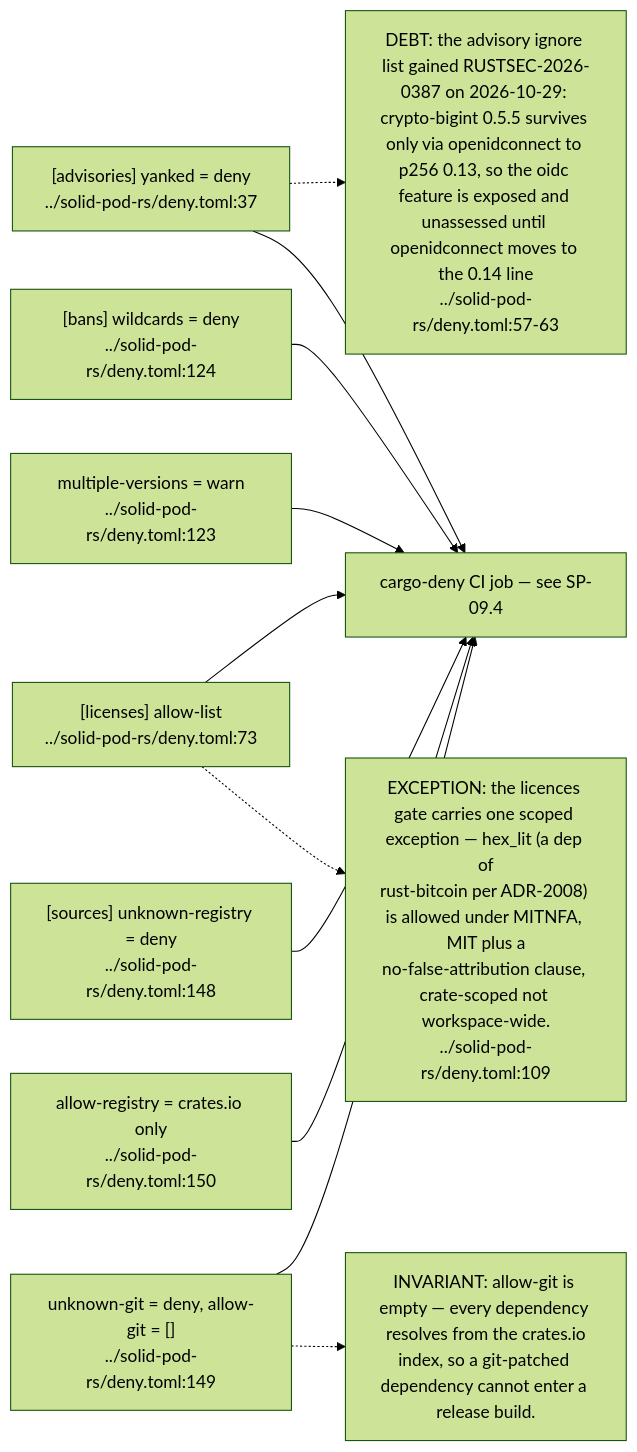
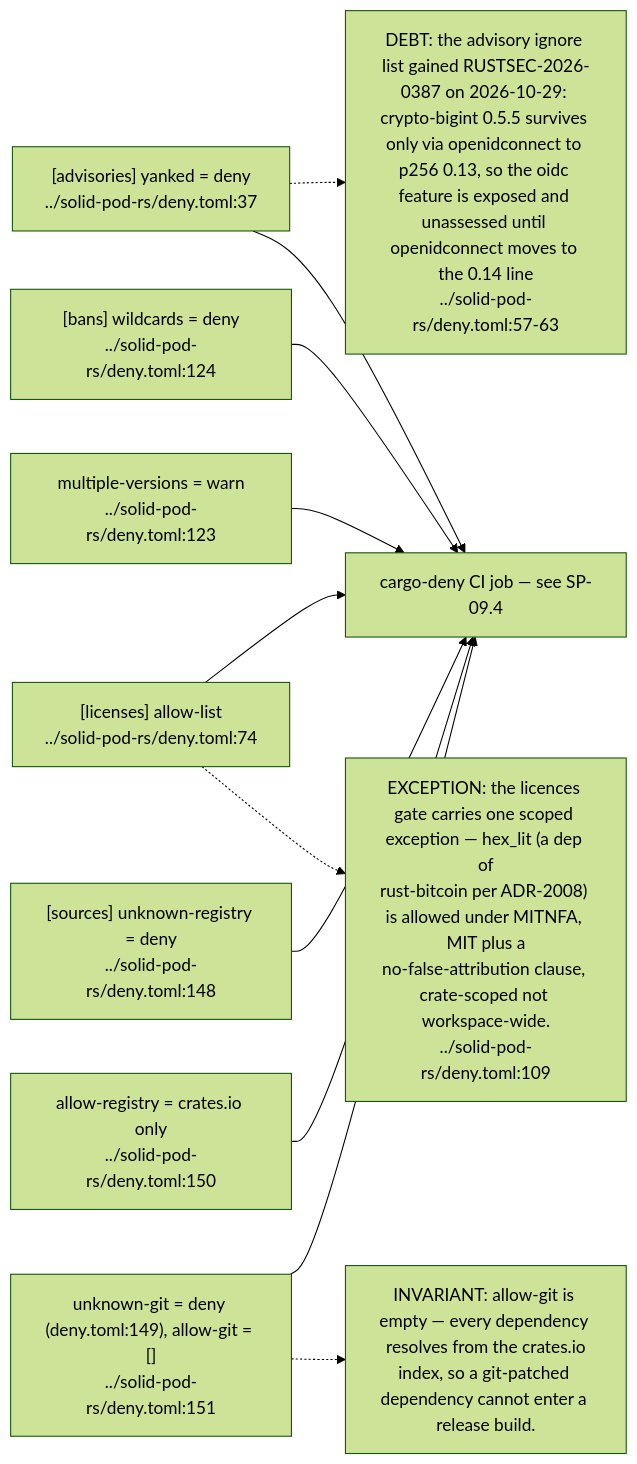
Before and after one commit to DreamLab-AI/VisionFlow: the tenth of 12 diagrams in docs/diagrams/solid-pod-rs/01-workspace-composition.md, drawn with Mermaid (forest theme). The commit also changed other lines of this file and 47 other files, not shown here.

````diff
--- a/docs/diagrams/solid-pod-rs/01-workspace-composition.md
+++ b/docs/diagrams/solid-pod-rs/01-workspace-composition.md
@@ -291,25 +306,25 @@
 ```mermaid
 flowchart LR
     ADV["[advisories] yanked = deny<br/>../solid-pod-rs/deny.toml:37"]
-    LIC["[licenses] allow-list<br/>../solid-pod-rs/deny.toml:73"]
+    LIC["[licenses] allow-list<br/>../solid-pod-rs/deny.toml:74"]
     BANS["[bans] wildcards = deny<br/>../solid-pod-rs/deny.toml:124"]
     MULTI["multiple-versions = warn<br/>../solid-pod-rs/deny.toml:123"]
     SRC["[sources] unknown-registry = deny<br/>../solid-pod-rs/deny.toml:148"]
-    GITS["unknown-git = deny, allow-git = []<br/>../solid-pod-rs/deny.toml:149"]
+    GITS["unknown-git = deny (deny.toml:149), allow-git = []<br/>../solid-pod-rs/deny.toml:151"]
     REG["allow-registry = crates.io only<br/>../solid-pod-rs/deny.toml:150"]
 
     DEBT["DEBT: the advisory ignore list gained RUSTSEC-2026-0387 on 2026-10-29: crypto-bigint 0.5.5 survives only via openidconnect to p256 0.13, so the oidc feature is exposed and unassessed until openidconnect moves to the 0.14 line<br/>../solid-pod-rs/deny.toml:57-63"]
     ADV -.-> DEBT
     ADV --> OUT["cargo-deny CI job — see SP-09.4"]
     LIC --> OUT
     BANS --> OUT
     MULTI --> OUT
     SRC --> OUT
     GITS --> OUT
     REG --> OUT
 
     N["INVARIANT: allow-git is empty — every dependency resolves from the crates.io<br/>index, so a git-patched dependency cannot enter a release build."]
     GITS -.-> N
     X["EXCEPTION: the licences gate carries one scoped exception — hex_lit (a dep of<br/>rust-bitcoin per ADR-2008) is allowed under MITNFA, MIT plus a<br/>no-false-attribution clause, crate-scoped not workspace-wide.<br/>../solid-pod-rs/deny.toml:109"]
     LIC -.-> X
 ```
````
